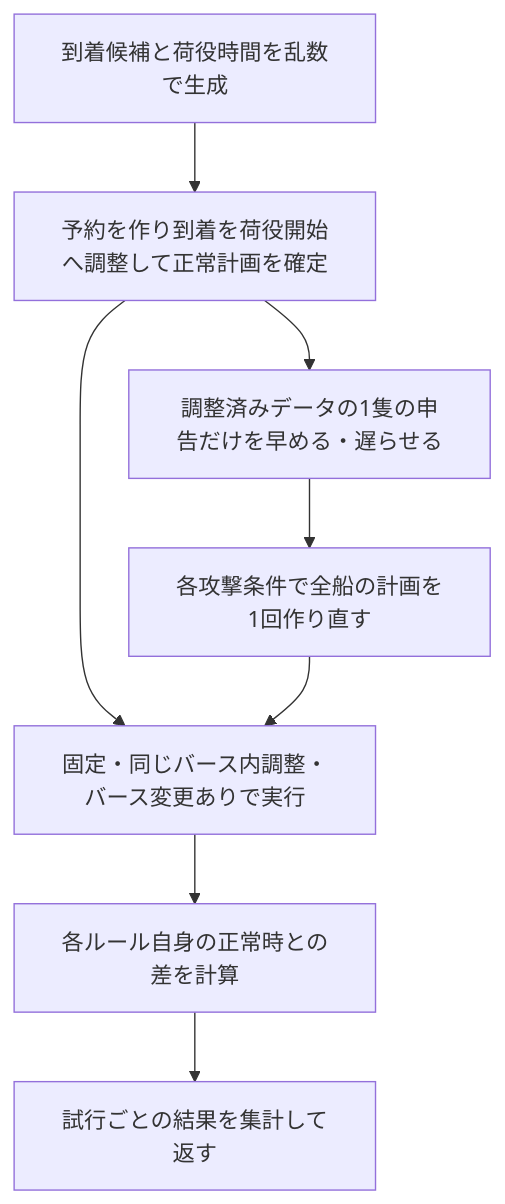
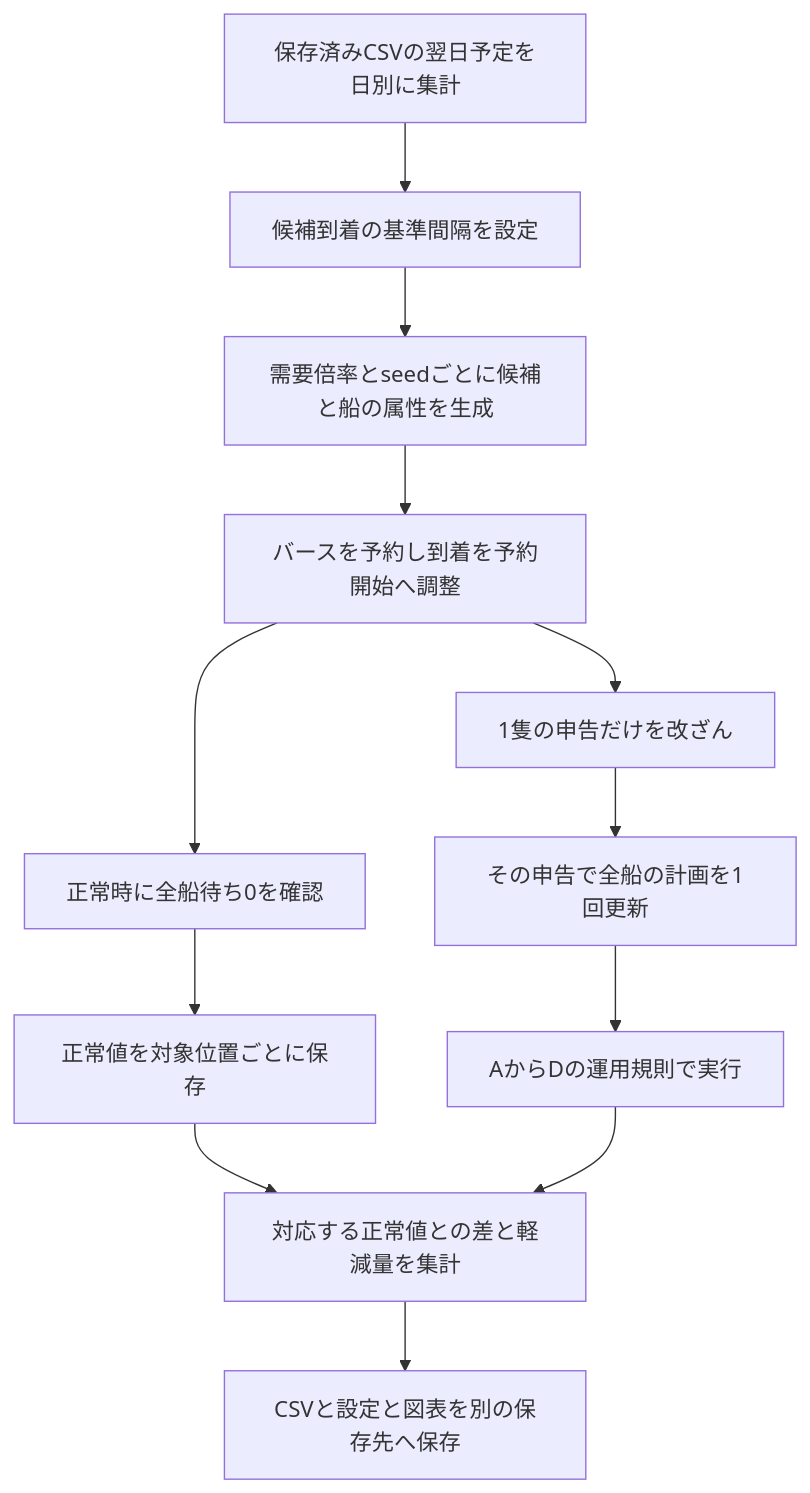
Before and after one commit to ryusukeke/thesis: the diagram in docs/実装説明.md, drawn with Mermaid. The commit also changed other lines of this file and 7 other files, not shown here.

````diff
--- a/docs/実装説明.md
+++ b/docs/実装説明.md
@@ -11,10 +7,14 @@
 ```mermaid
 flowchart TD
-    A[到着候補と荷役時間を乱数で生成] --> B[予約を作り到着を荷役開始へ調整して正常計画を確定]
-    B --> C[調整済みデータの1隻の申告だけを早める・遅らせる]
-    C --> D[各攻撃条件で全船の計画を1回作り直す]
-    B --> E[固定・同じバース内調整・バース変更ありで実行]
-    D --> E
-    E --> F[各ルール自身の正常時との差を計算]
-    F --> G[試行ごとの結果を集計して返す]
+    A[保存済みCSVの翌日予定を日別に集計] --> B[候補到着の基準間隔を設定]
+    B --> C[需要倍率とseedごとに候補と船の属性を生成]
+    C --> D[バースを予約し到着を予約開始へ調整]
+    D --> E[正常時に全船待ち0を確認]
+    D --> F[1隻の申告だけを改ざん]
+    F --> G[その申告で全船の計画を1回更新]
+    E --> H[正常値を対象位置ごとに保存]
+    G --> I[AからDの運用規則で実行]
+    H --> J[対応する正常値との差と軽減量を集計]
+    I --> J
+    J --> K[CSVと設定と図表を別の保存先へ保存]
 ```
````
